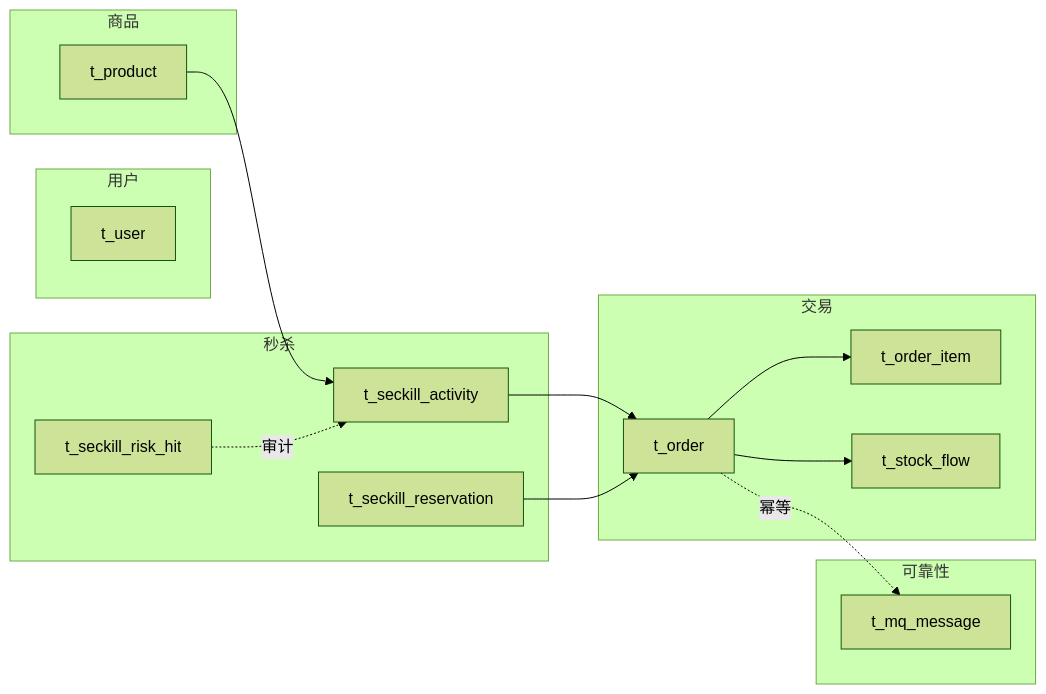
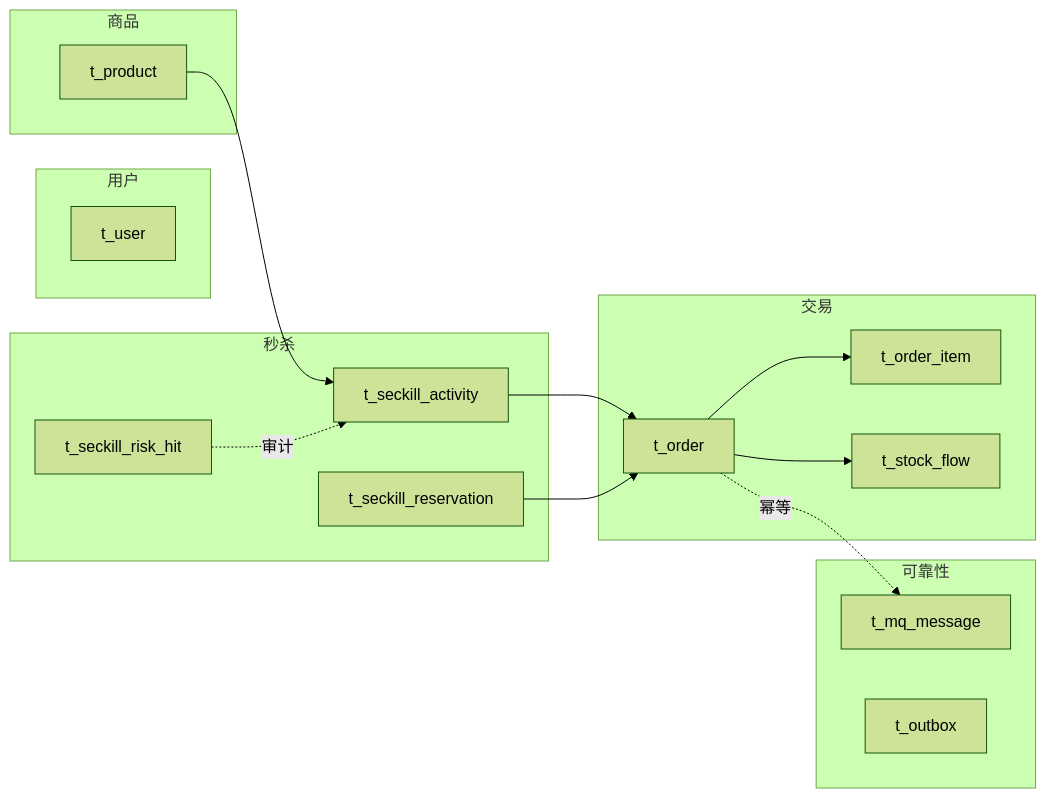
The diagram in docs/15-database-all-tables.md (adfddda/high-concurrency-mall), drawn with Mermaid (forest theme) before and after one commit. The commit also changed other lines of this file and 12 other files, not shown here.

````diff
--- a/docs/15-database-all-tables.md
+++ b/docs/15-database-all-tables.md
@@ -15,29 +15,30 @@
 ```mermaid
 flowchart LR
     subgraph 用户
         U[t_user]
     end
     subgraph 商品
         P[t_product]
     end
     subgraph 秒杀
         ACT[t_seckill_activity]
         RES[t_seckill_reservation]
         RISK[t_seckill_risk_hit]
     end
     subgraph 交易
         O[t_order]
         OI[t_order_item]
         SF[t_stock_flow]
     end
     subgraph 可靠性
         MQ[t_mq_message]
+        OB[t_outbox]
     end
 
     P --> ACT --> O
     RES --> O
     RISK -.审计.-> ACT
     O --> OI
     O --> SF
     O -.幂等.-> MQ
 ```
````
